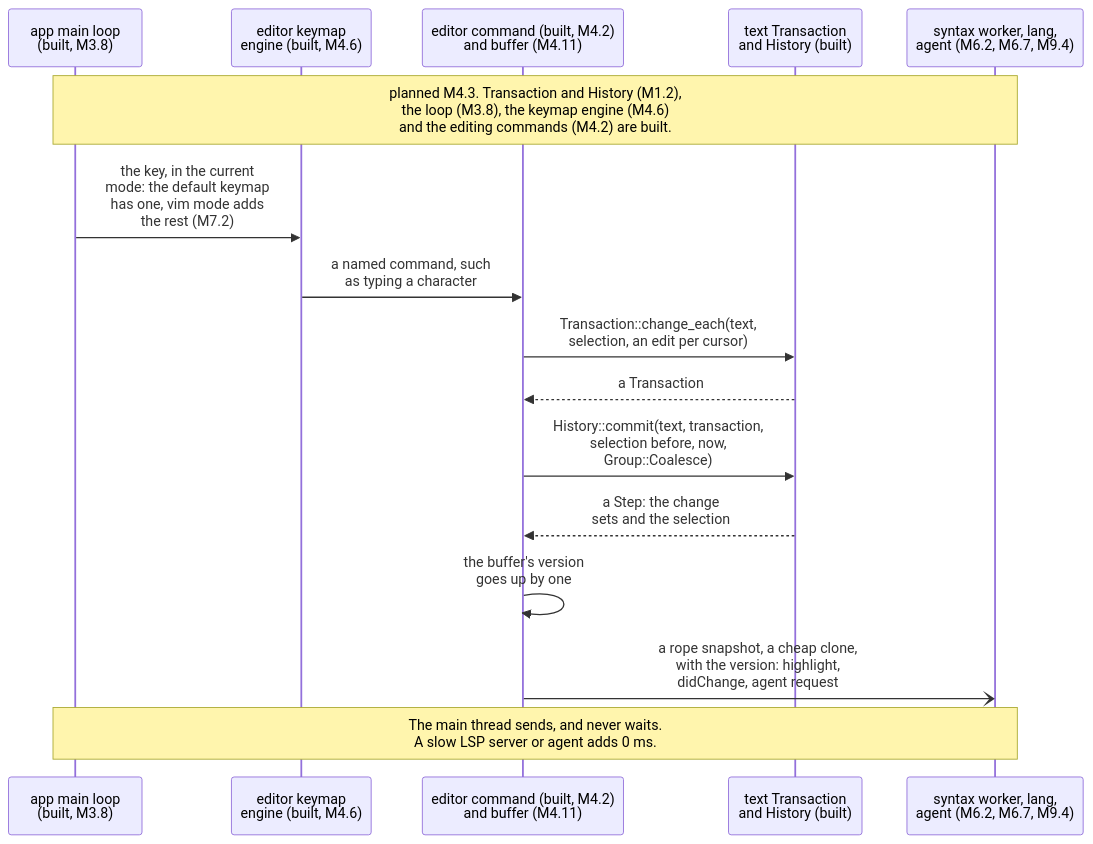
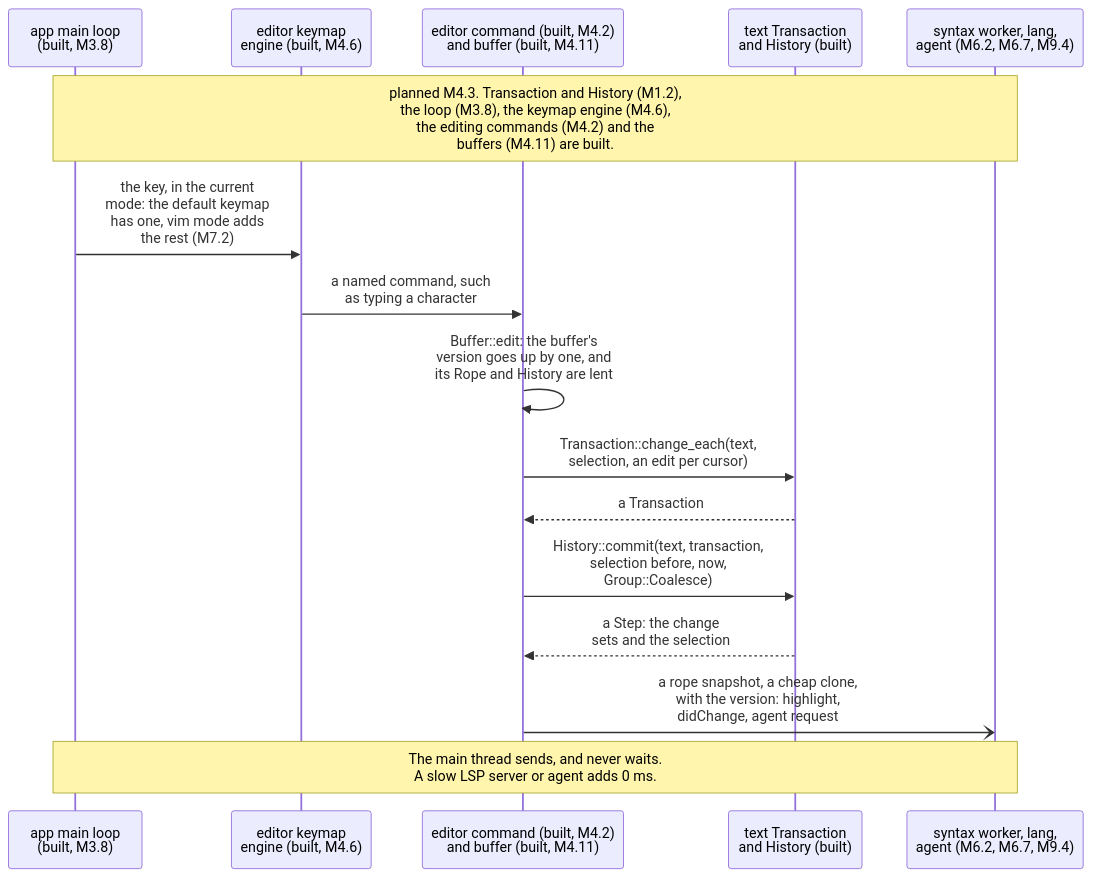
Diagram 14 of 25 in diagrams/sequence-diagrams.md (jabbott-iii/Tidepool), drawn with Mermaid before and after one commit. The commit also changed other lines of this file and 50 other files, not shown here.

````diff
--- a/diagrams/sequence-diagrams.md
+++ b/diagrams/sequence-diagrams.md
@@ -686,19 +784,19 @@
 ```mermaid
 sequenceDiagram
     participant ML as app main loop<br/>(built, M3.8)
     participant Keys as editor keymap<br/>engine (built, M4.6)
-    participant Cmd as editor command (built, M4.2)<br/>and buffer (M4.11)
+    participant Cmd as editor command (built, M4.2)<br/>and buffer (built, M4.11)
     participant Txt as text Transaction<br/>and History (built)
     participant Bg as syntax worker, lang,<br/>agent (M6.2, M6.7, M9.4)
 
-    Note over ML,Bg: planned M4.3. Transaction and History (M1.2),<br/>the loop (M3.8), the keymap engine (M4.6)<br/>and the editing commands (M4.2) are built.
+    Note over ML,Bg: planned M4.3. Transaction and History (M1.2),<br/>the loop (M3.8), the keymap engine (M4.6),<br/>the editing commands (M4.2) and the<br/>buffers (M4.11) are built.
     ML->>Keys: the key, in the current<br/>mode: the default keymap<br/>has one, vim mode adds<br/>the rest (M7.2)
     Keys->>Cmd: a named command, such<br/>as typing a character
+    Cmd->>Cmd: Buffer::edit: the buffer's<br/>version goes up by one, and<br/>its Rope and History are lent
     Cmd->>Txt: Transaction::change_each(text,<br/>selection, an edit per cursor)
     Txt-->>Cmd: a Transaction
     Cmd->>Txt: History::commit(text, transaction,<br/>selection before, now,<br/>Group::Coalesce)
     Txt-->>Cmd: a Step: the change<br/>sets and the selection
-    Cmd->>Cmd: the buffer's version<br/>goes up by one
     Cmd-)Bg: a rope snapshot, a cheap clone,<br/>with the version: highlight,<br/>didChange, agent request
     Note over ML,Bg: The main thread sends, and never waits.<br/>A slow LSP server or agent adds 0 ms.
 ```
````
